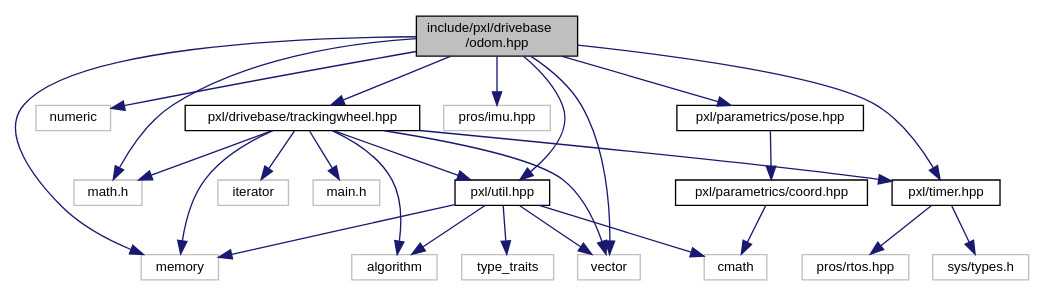
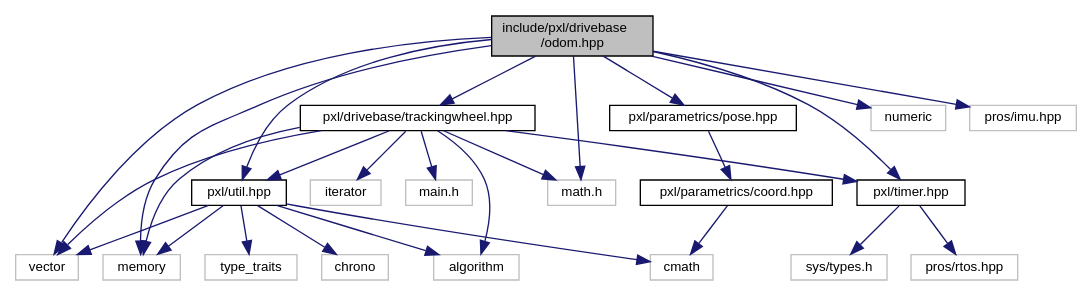
One commit to Pixel-Lib/Pixel changed the diagram in odom_8hpp__incl.dot. Above: the diagram before and after it, drawn with Graphviz. The commit also changed 133 other files, not shown here.

```diff
--- a/odom_8hpp__incl.dot
+++ b/odom_8hpp__incl.dot
@@ -1,50 +1,52 @@
 digraph "include/pxl/drivebase/odom.hpp"
 {
  // LATEX_PDF_SIZE
   edge [fontname="Helvetica",fontsize="10",labelfontname="Helvetica",labelfontsize="10"];
   node [fontname="Helvetica",fontsize="10",shape=record];
   Node1 [label="include/pxl/drivebase\l/odom.hpp",height=0.2,width=0.4,color="black", fillcolor="grey75", style="filled", fontcolor="black",tooltip=" "];
   Node1 -> Node2 [color="midnightblue",fontsize="10",style="solid",fontname="Helvetica"];
   Node2 [label="memory",height=0.2,width=0.4,color="grey75", fillcolor="white", style="filled",tooltip=" "];
   Node1 -> Node3 [color="midnightblue",fontsize="10",style="solid",fontname="Helvetica"];
   Node3 [label="numeric",height=0.2,width=0.4,color="grey75", fillcolor="white", style="filled",tooltip=" "];
   Node1 -> Node4 [color="midnightblue",fontsize="10",style="solid",fontname="Helvetica"];
   Node4 [label="vector",height=0.2,width=0.4,color="grey75", fillcolor="white", style="filled",tooltip=" "];
   Node1 -> Node5 [color="midnightblue",fontsize="10",style="solid",fontname="Helvetica"];
   Node5 [label="math.h",height=0.2,width=0.4,color="grey75", fillcolor="white", style="filled",tooltip=" "];
   Node1 -> Node6 [color="midnightblue",fontsize="10",style="solid",fontname="Helvetica"];
   Node6 [label="pros/imu.hpp",height=0.2,width=0.4,color="grey75", fillcolor="white", style="filled",tooltip=" "];
   Node1 -> Node7 [color="midnightblue",fontsize="10",style="solid",fontname="Helvetica"];
   Node7 [label="pxl/drivebase/trackingwheel.hpp",height=0.2,width=0.4,color="black", fillcolor="white", style="filled",URL="$trackingwheel_8hpp.html",tooltip=" "];
   Node7 -> Node8 [color="midnightblue",fontsize="10",style="solid",fontname="Helvetica"];
   Node8 [label="algorithm",height=0.2,width=0.4,color="grey75", fillcolor="white", style="filled",tooltip=" "];
   Node7 -> Node9 [color="midnightblue",fontsize="10",style="solid",fontname="Helvetica"];
   Node9 [label="iterator",height=0.2,width=0.4,color="grey75", fillcolor="white", style="filled",tooltip=" "];
   Node7 -> Node2 [color="midnightblue",fontsize="10",style="solid",fontname="Helvetica"];
   Node7 -> Node4 [color="midnightblue",fontsize="10",style="solid",fontname="Helvetica"];
   Node7 -> Node10 [color="midnightblue",fontsize="10",style="solid",fontname="Helvetica"];
   Node10 [label="main.h",height=0.2,width=0.4,color="grey75", fillcolor="white", style="filled",tooltip=" "];
   Node7 -> Node5 [color="midnightblue",fontsize="10",style="solid",fontname="Helvetica"];
   Node7 -> Node11 [color="midnightblue",fontsize="10",style="solid",fontname="Helvetica"];
   Node11 [label="pxl/timer.hpp",height=0.2,width=0.4,color="black", fillcolor="white", style="filled",URL="$timer_8hpp.html",tooltip=" "];
   Node11 -> Node12 [color="midnightblue",fontsize="10",style="solid",fontname="Helvetica"];
   Node12 [label="sys/types.h",height=0.2,width=0.4,color="grey75", fillcolor="white", style="filled",tooltip=" "];
   Node11 -> Node13 [color="midnightblue",fontsize="10",style="solid",fontname="Helvetica"];
   Node13 [label="pros/rtos.hpp",height=0.2,width=0.4,color="grey75", fillcolor="white", style="filled",tooltip=" "];
   Node7 -> Node14 [color="midnightblue",fontsize="10",style="solid",fontname="Helvetica"];
   Node14 [label="pxl/util.hpp",height=0.2,width=0.4,color="black", fillcolor="white", style="filled",URL="$util_8hpp.html",tooltip=" "];
   Node14 -> Node8 [color="midnightblue",fontsize="10",style="solid",fontname="Helvetica"];
   Node14 -> Node15 [color="midnightblue",fontsize="10",style="solid",fontname="Helvetica"];
   Node15 [label="cmath",height=0.2,width=0.4,color="grey75", fillcolor="white", style="filled",tooltip=" "];
   Node14 -> Node2 [color="midnightblue",fontsize="10",style="solid",fontname="Helvetica"];
   Node14 -> Node16 [color="midnightblue",fontsize="10",style="solid",fontname="Helvetica"];
   Node16 [label="type_traits",height=0.2,width=0.4,color="grey75", fillcolor="white", style="filled",tooltip=" "];
   Node14 -> Node4 [color="midnightblue",fontsize="10",style="solid",fontname="Helvetica"];
-  Node1 -> Node17 [color="midnightblue",fontsize="10",style="solid",fontname="Helvetica"];
-  Node17 [label="pxl/parametrics/pose.hpp",height=0.2,width=0.4,color="black", fillcolor="white", style="filled",URL="$pose_8hpp.html",tooltip=" "];
-  Node17 -> Node18 [color="midnightblue",fontsize="10",style="solid",fontname="Helvetica"];
-  Node18 [label="pxl/parametrics/coord.hpp",height=0.2,width=0.4,color="black", fillcolor="white", style="filled",URL="$coord_8hpp.html",tooltip=" "];
-  Node18 -> Node15 [color="midnightblue",fontsize="10",style="solid",fontname="Helvetica"];
+  Node14 -> Node17 [color="midnightblue",fontsize="10",style="solid",fontname="Helvetica"];
+  Node17 [label="chrono",height=0.2,width=0.4,color="grey75", fillcolor="white", style="filled",tooltip=" "];
+  Node1 -> Node18 [color="midnightblue",fontsize="10",style="solid",fontname="Helvetica"];
+  Node18 [label="pxl/parametrics/pose.hpp",height=0.2,width=0.4,color="black", fillcolor="white", style="filled",URL="$pose_8hpp.html",tooltip=" "];
+  Node18 -> Node19 [color="midnightblue",fontsize="10",style="solid",fontname="Helvetica"];
+  Node19 [label="pxl/parametrics/coord.hpp",height=0.2,width=0.4,color="black", fillcolor="white", style="filled",URL="$coord_8hpp.html",tooltip=" "];
+  Node19 -> Node15 [color="midnightblue",fontsize="10",style="solid",fontname="Helvetica"];
   Node1 -> Node11 [color="midnightblue",fontsize="10",style="solid",fontname="Helvetica"];
   Node1 -> Node14 [color="midnightblue",fontsize="10",style="solid",fontname="Helvetica"];
 }
```
